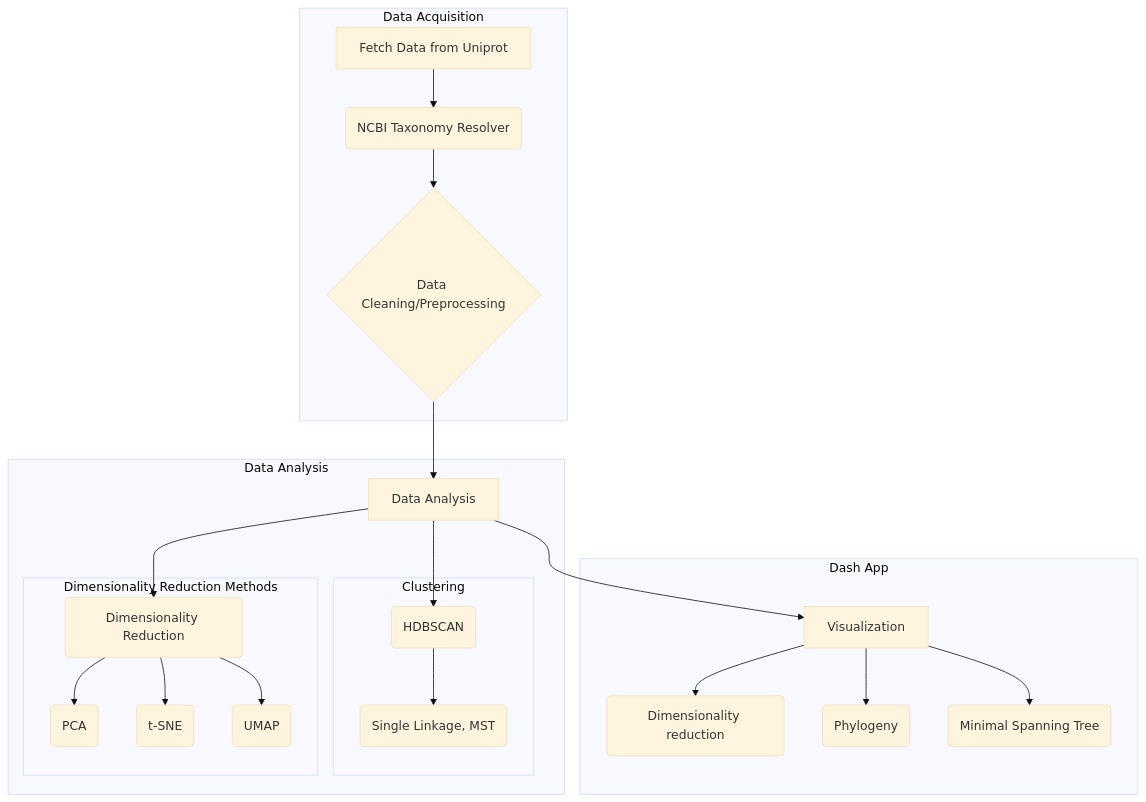
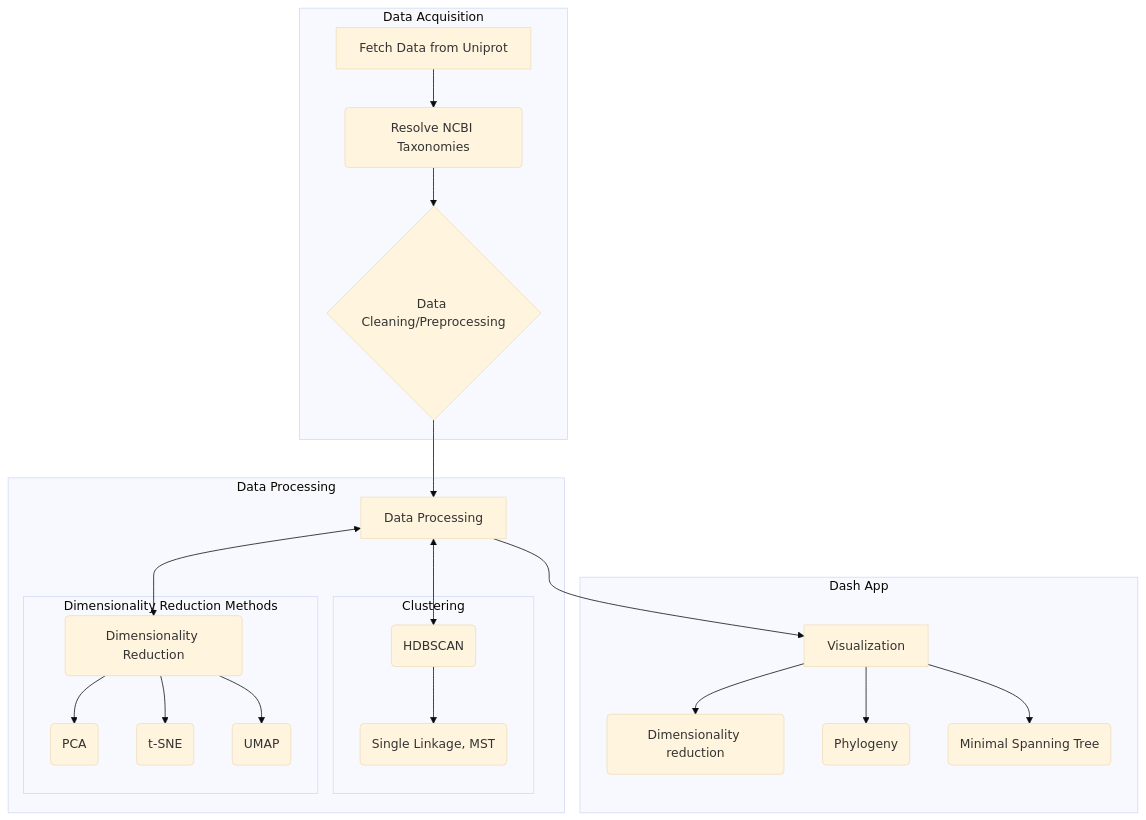
One commit to fmoorhof/SelectZyme changed the diagram in README.md. Above: the diagram before and after it, drawn with Mermaid (base theme). The commit also changed other lines of this file and 10 other files, not shown here.

````diff
--- a/README.md
+++ b/README.md
@@ -80,26 +75,26 @@
 ```mermaid
 graph TD
     subgraph Data Acquisition
-        A[Fetch Data from Uniprot] --> B(NCBI Taxonomy Resolver)
+        A[Fetch Data from Uniprot] --> B(Resolve NCBI Taxonomies)
         B --> C{Data Cleaning/Preprocessing}
     end
-    C --> D[Data Analysis]
-    subgraph "Data Analysis"
-        D --> I(HDBSCAN)
+    C --> D[Data Processing]
+    subgraph "Data Processing"
+        D <--> I(HDBSCAN)
         subgraph Clustering
             I --> J(Single Linkage, MST)
         end
-        D --> K(Dimensionality Reduction)
+        D <--> K(Dimensionality Reduction)
         subgraph Dimensionality Reduction Methods
             K --> L(PCA)
             K --> M(t-SNE)
             K --> N(UMAP)
         end
     end
     D --> E[Visualization]
     subgraph "Dash App"
         E --> F(Dimensionality reduction)
         E --> G(Phylogeny)
         E --> H(Minimal Spanning Tree)
     end
 ```
````
